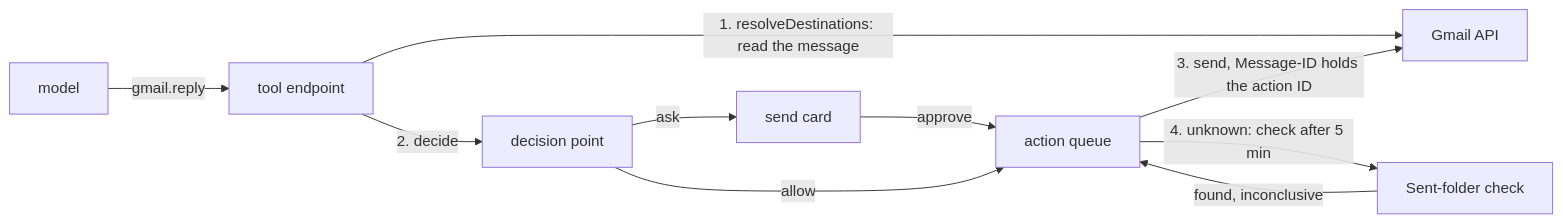
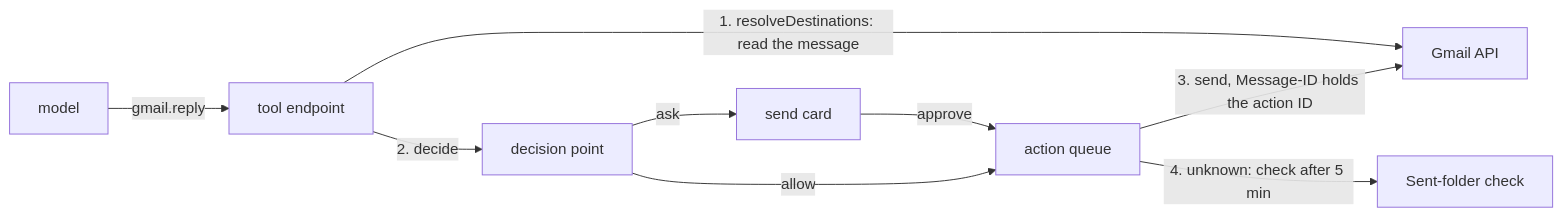
Before and after one commit to zgeoff/nixie: the diagram in docs/design/queue/gmail-calendar-drive-tools.md, drawn with Mermaid. The commit also changed other lines of this file and 3 other files, not shown here.

````diff
--- a/docs/design/queue/gmail-calendar-drive-tools.md
+++ b/docs/design/queue/gmail-calendar-drive-tools.md
@@ -25,12 +25,11 @@
 ```mermaid
 flowchart LR
   model[model] -->|"gmail.reply"| endpoint[tool endpoint]
   endpoint -->|"1. resolveDestinations: read the message"| gmail[Gmail API]
   endpoint -->|"2. decide"| dp[decision point]
   dp -->|ask| card[send card]
   card -->|approve| queue[action queue]
   dp -->|allow| queue
   queue -->|"3. send, Message-ID holds the action ID"| gmail
   queue -->|"4. unknown: check after 5 min"| sent[Sent-folder check]
-  sent -->|"found, inconclusive"| queue
 ```
````
